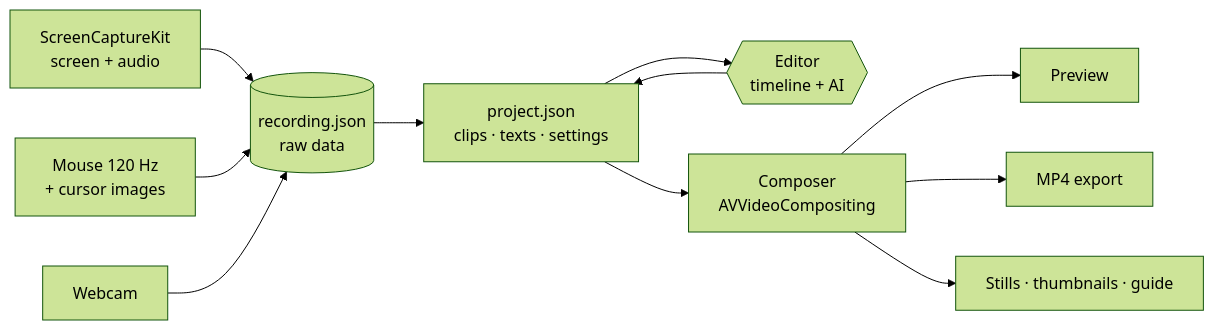
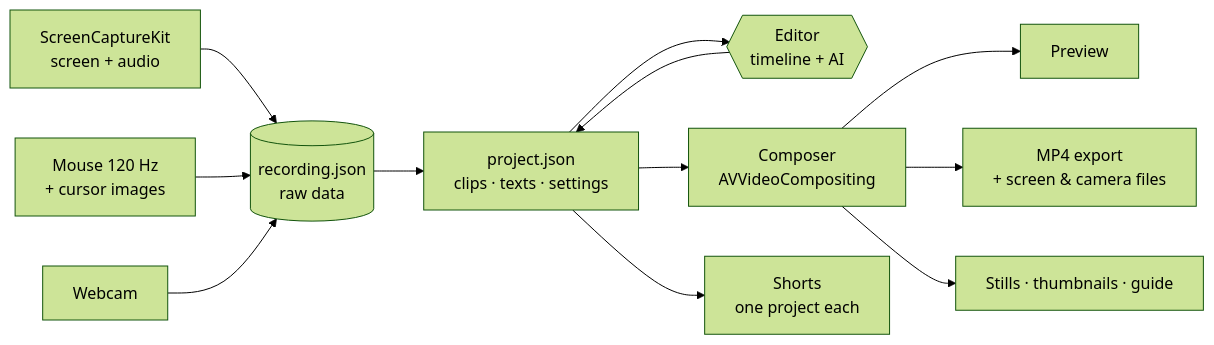
The diagram in README.md (jenstools/screenframe), drawn with Mermaid (forest theme) before and after one commit. The commit also changed other lines of this file, not shown here.

````diff
--- a/README.md
+++ b/README.md
@@ -113,13 +254,14 @@
 ```mermaid
 flowchart LR
     A[ScreenCaptureKit<br/>screen + audio] --> R[(recording.json<br/>raw data)]
     B[Mouse 120 Hz<br/>+ cursor images] --> R
     C[Webcam] --> R
     R --> P[project.json<br/>clips · texts · settings]
     P --> E{{Editor<br/>timeline + AI}}
     E --> P
     P --> X[Composer<br/>AVVideoCompositing]
     X --> V[Preview]
-    X --> M[MP4 export]
+    X --> M[MP4 export<br/>+ screen & camera files]
     X --> S[Stills · thumbnails · guide]
+    P --> SH[Shorts<br/>one project each]
 ```
````
